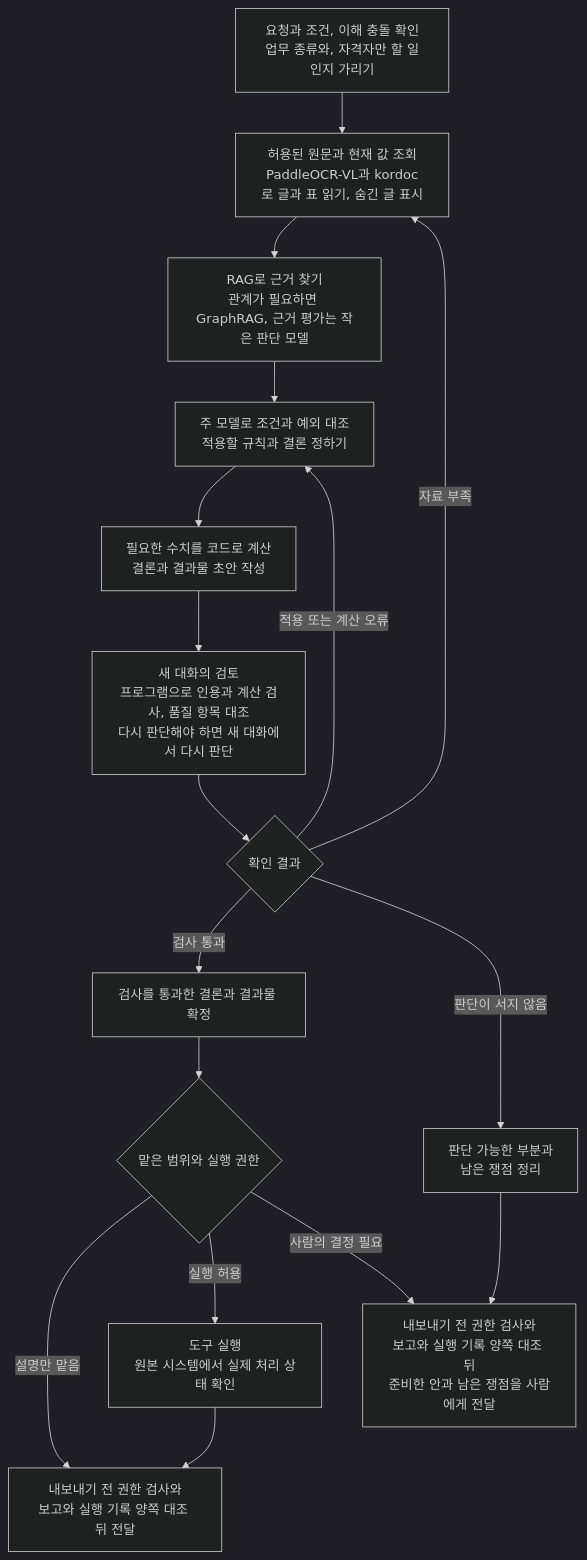
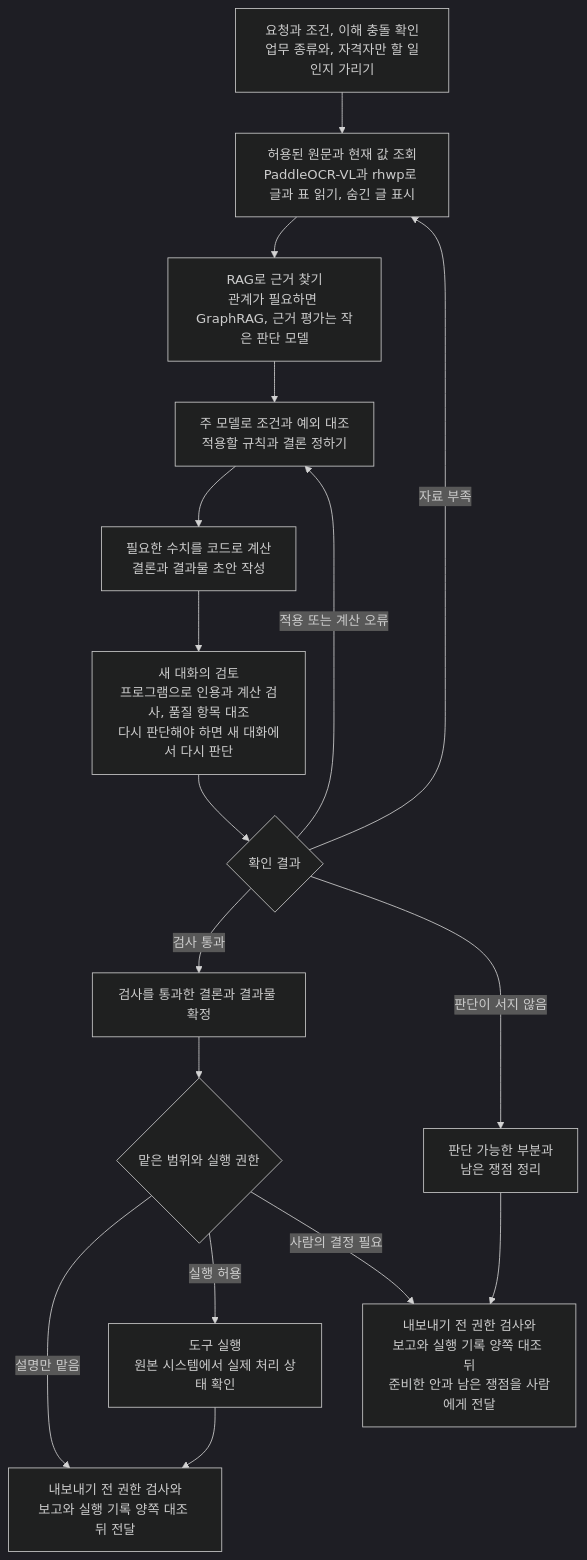
One commit to harisbaguette/expert changed the diagram in 전문 판단의 신뢰성.md. Above: the diagram before and after it, drawn with Mermaid (dark theme). The commit also changed other lines of this file and 1 other file, not shown here.

````diff
--- a/전문 판단의 신뢰성.md
+++ b/전문 판단의 신뢰성.md
@@ -855,19 +886,19 @@
 ```mermaid
 flowchart TB
-    A[요청과 조건, 이해 충돌 확인<br/>업무 종류와, 자격자만 할 일인지 가리기] --> B[허용된 원문과 현재 값 조회<br/>PaddleOCR-VL과 kordoc로 글과 표 읽기, 숨긴 글 표시]
+    A[요청과 조건, 이해 충돌 확인<br/>업무 종류와, 자격자만 할 일인지 가리기] --> B[허용된 원문과 현재 값 조회<br/>PaddleOCR-VL과 rhwp로 글과 표 읽기, 숨긴 글 표시]
     B --> C[RAG로 근거 찾기<br/>관계가 필요하면 GraphRAG, 근거 평가는 작은 판단 모델]
     C --> D[주 모델로 조건과 예외 대조<br/>적용할 규칙과 결론 정하기]
     D --> E[필요한 수치를 코드로 계산<br/>결론과 결과물 초안 작성]
     E --> F[새 대화의 검토<br/>프로그램으로 인용과 계산 검사, 품질 항목 대조<br/>다시 판단해야 하면 새 대화에서 다시 판단]
     F --> G{확인 결과}
     G -->|자료 부족| B
     G -->|적용 또는 계산 오류| D
     G -->|검사 통과| H[검사를 통과한 결론과 결과물 확정]
     G -->|판단이 서지 않음| I[판단 가능한 부분과<br/>남은 쟁점 정리]
     H --> J{맡은 범위와 실행 권한}
     J -->|설명만 맡음| L[내보내기 전 권한 검사와<br/>보고와 실행 기록 양쪽 대조 뒤 전달]
     J -->|실행 허용| K[도구 실행<br/>원본 시스템에서 실제 처리 상태 확인]
     J -->|사람의 결정 필요| M[내보내기 전 권한 검사와<br/>보고와 실행 기록 양쪽 대조 뒤<br/>준비한 안과 남은 쟁점을 사람에게 전달]
     K --> L
     I --> M
 ```
````
